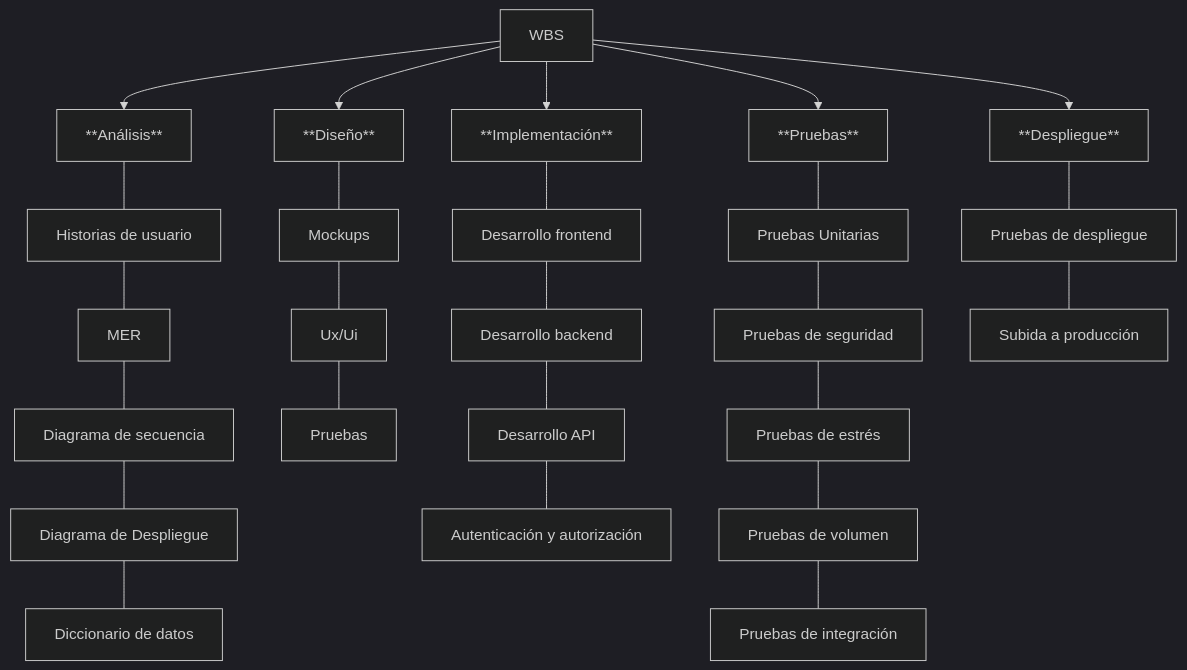
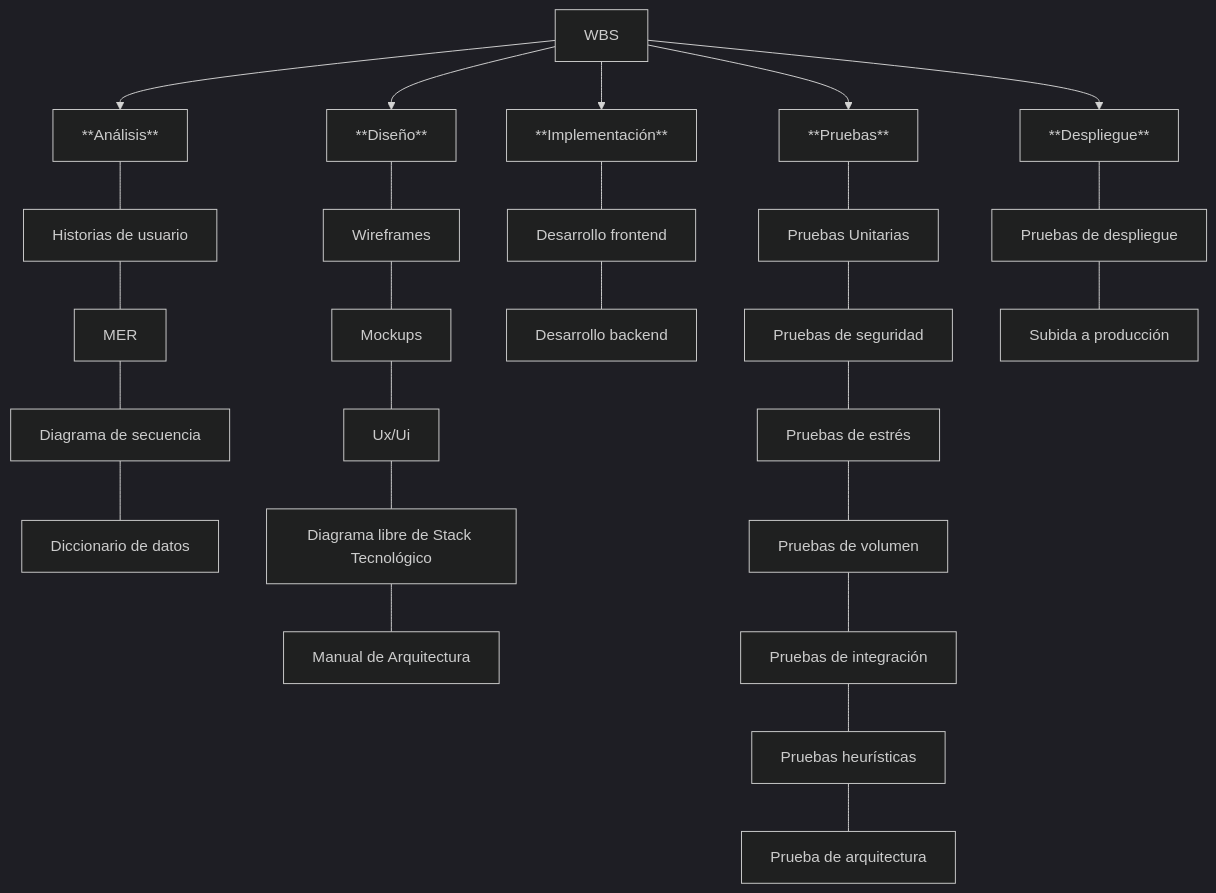
Before and after one commit to CodeAnd-Co/Documentacion: the diagram in documentation/docs/recursos/work-breakdown-structure.md, drawn with Mermaid (dark theme).

Commit message:
Se modifico el WBS con las correcciones del departamento

````diff
--- a/documentation/docs/recursos/work-breakdown-structure.md
+++ b/documentation/docs/recursos/work-breakdown-structure.md
@@ -10,34 +10,35 @@
 ```mermaid
 
 graph TD;
-    F[WBS] --> A
+    F[WBS] --> A 
     F[WBS] --> B
     F[WBS] --> C
     F[WBS] --> D
     F[WBS] --> E
 
     A[**Análisis**] --- A1[Historias de usuario]
     A1 --- A2[MER]
     A2 ---A3[Diagrama de secuencia]
-    A3 ---A4[Diagrama de Despliegue]
-    A4 ---A5[Diccionario de datos]
+    A3 ---A4[Diccionario de datos]
  
-    B[**Diseño**] --- B1[Mockups]
-    B1 --- B2[Ux/Ui]
-    B2 --- B3[Pruebas]
+    B[**Diseño**] --- B1[Wireframes]
+    B1 --- B2[Mockups]
+    B2 --- B3[Ux/Ui]
+    B3 --- B4[Diagrama libre de Stack Tecnológico]
+    B4 --- B5[Manual de Arquitectura]
 
     C[**Implementación**] ---C1[Desarrollo frontend]
     C1 --- C2[Desarrollo backend]
-    C2 --- C3[Desarrollo API]
-    C3 --- C4[Autenticación y autorización]
  
     D[**Pruebas**] ---D1[Pruebas Unitarias]
     D1 --- D2[Pruebas de seguridad]
     D2 --- D3[Pruebas de estrés]
     D3 --- D4[Pruebas de volumen]
     D4 --- D5[Pruebas de integración]
+    D5 --- D6[Pruebas heurísticas]
+    D6 --- D7[Prueba de arquitectura]
 
     E[**Despliegue**] --- E1[Pruebas de despliegue]
     E1 --- E2[Subida a producción]
 
 ```
````
